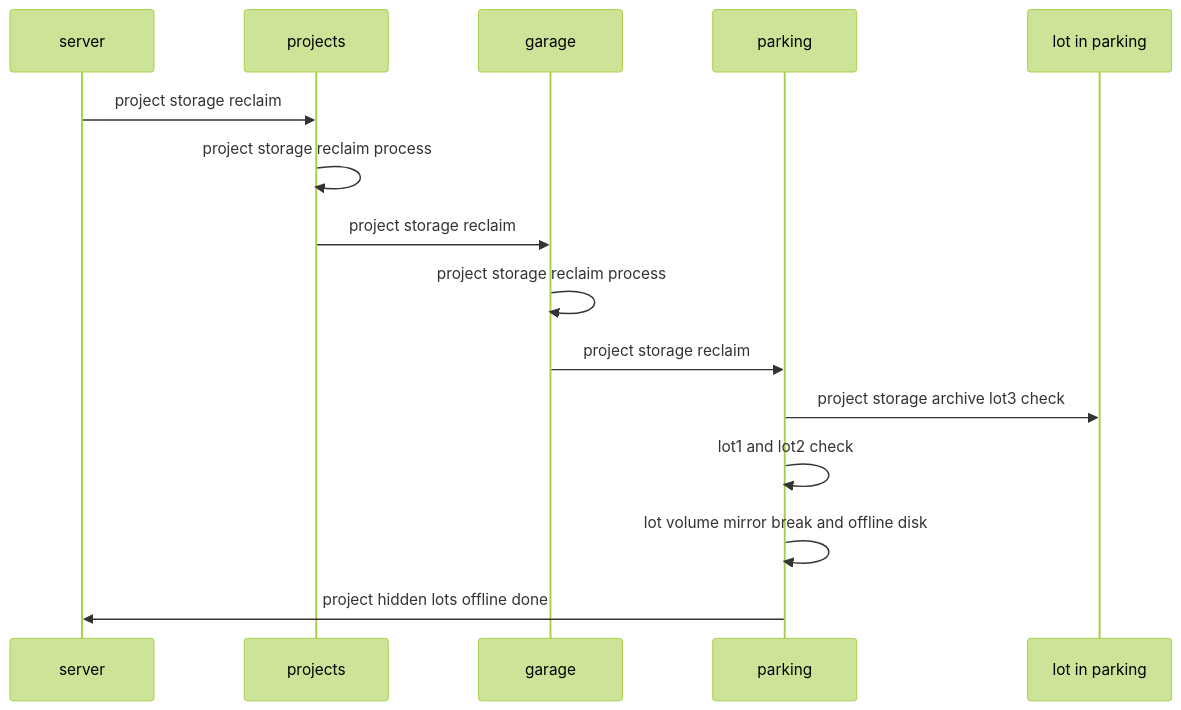
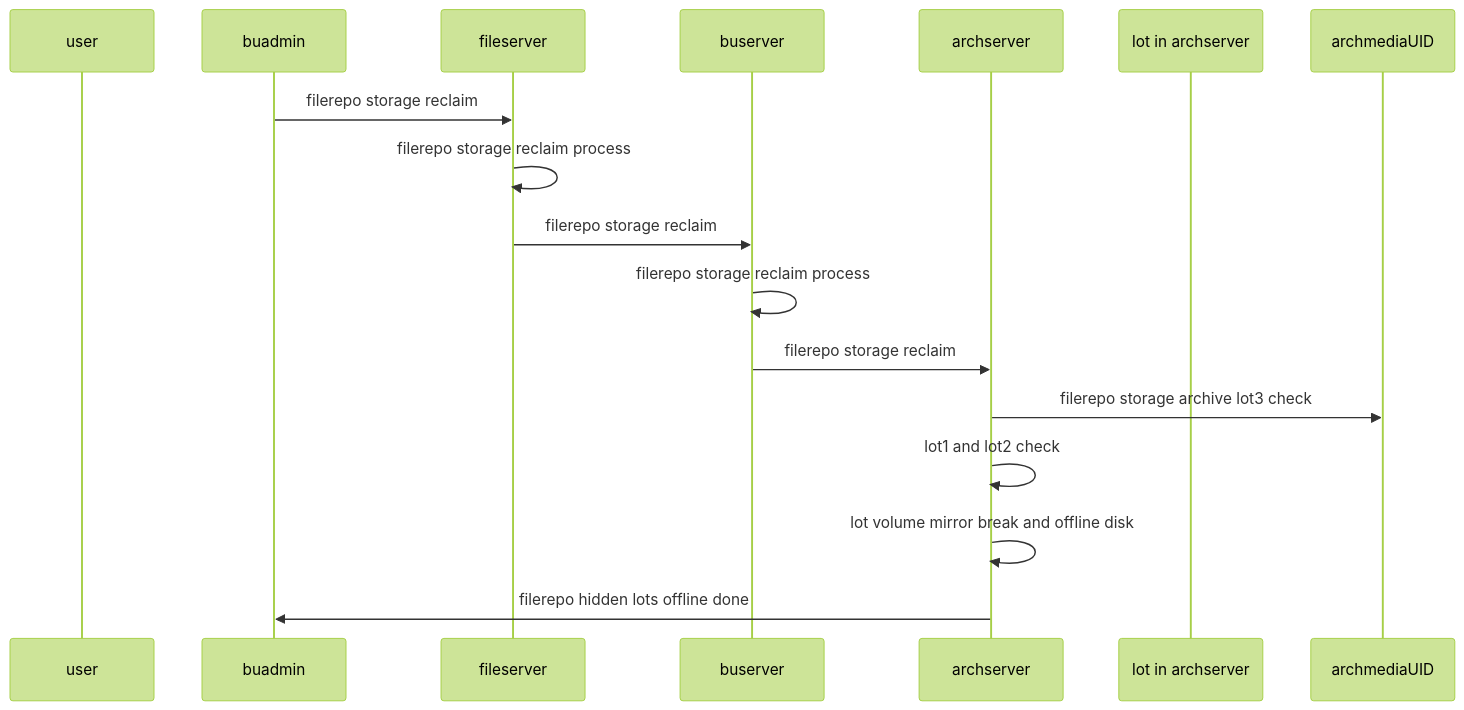
One commit to 2cld/netstack changed the fourth of 4 diagrams in docs/ops/backup/backup-diagram.md. Above: the diagram before and after it, drawn with Mermaid (forest theme). The commit also changed other lines of this file, not shown here.

````diff
--- a/docs/ops/backup/backup-diagram.md
+++ b/docs/ops/backup/backup-diagram.md
@@ -47,12 +59,18 @@
 ```mermaid
 sequenceDiagram 
-    server->>projects: project storage reclaim
-    projects->>projects: project storage reclaim process
-    projects->>garage: project storage reclaim
-    garage->>garage: project storage reclaim process
-    garage->>parking: project storage reclaim
-    parking->>lot in parking: project storage archive lot3 check
-    parking->>parking: lot1 and lot2 check
-    parking->>parking: lot volume mirror break and offline disk
-    parking->>server: project hidden lots offline done
+    participant user
+    participant buadmin
+    participant fileserver
+    participant buserver
+    participant archserver
+    participant lot in archserver
+    buadmin->>fileserver: filerepo storage reclaim
+    fileserver->>fileserver: filerepo storage reclaim process
+    fileserver->>buserver: filerepo storage reclaim
+    buserver->>buserver: filerepo storage reclaim process
+    buserver->>archserver: filerepo storage reclaim
+    archserver->>archmediaUID: filerepo storage archive lot3 check
+    archserver->>archserver: lot1 and lot2 check
+    archserver->>archserver: lot volume mirror break and offline disk
+    archserver->>buadmin: filerepo hidden lots offline done
 ```
````
